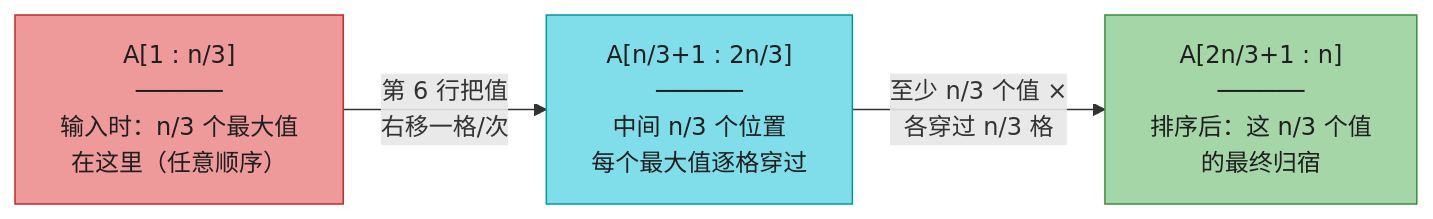
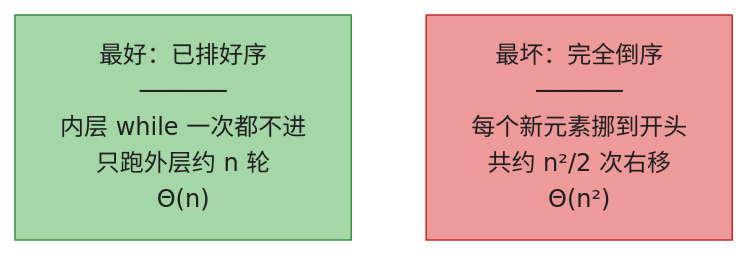
Before and after one commit to socoo123/book_reading: the third of 5 diagrams in IntroductionToAlgorithms/Chapter03_函数的增长_深度版.md, drawn with Mermaid. The commit also changed other lines of this file and 19 other files, not shown here.

````diff
--- a/IntroductionToAlgorithms/Chapter03_函数的增长_深度版.md
+++ b/IntroductionToAlgorithms/Chapter03_函数的增长_深度版.md
@@ -55,12 +136,11 @@
 ```mermaid
 flowchart LR
-    a1["A[1 : n/3]<br/>──────<br/>输入时：n/3 个最大值<br/>在这里（任意顺序）"]
-    a2["A[n/3+1 : 2n/3]<br/>──────<br/>中间 n/3 个位置<br/>每个最大值逐格穿过"]
-    a3["A[2n/3+1 : n]<br/>──────<br/>排序后：这 n/3 个值<br/>的最终归宿"]
-    a1 -->|"第 6 行把值<br/>右移一格/次"| a2
-    a2 -->|"至少 n/3 个值 ×<br/>各穿过 n/3 格"| a3
+    best["最好：已排好序<br/>──────<br/>内层 while 一次都不进<br/>只跑外层约 n 轮<br/>Θ(n)"]
+    worst["最坏：完全倒序<br/>──────<br/>每个新元素挪到开头<br/>共约 n²/2 次右移<br/>Θ(n²)"]
+    best ~~~ worst
 
-    style a1 fill:#EF9A9A,stroke:#C62828,color:#1f1f1f
-    style a2 fill:#80DEEA,stroke:#0097A7,color:#1f1f1f
-    style a3 fill:#A5D6A7,stroke:#388E3C,color:#1f1f1f
+    classDef good fill:#A5D6A7,stroke:#388E3C,color:#1f1f1f
+    classDef bad fill:#EF9A9A,stroke:#C62828,color:#1f1f1f
+    class best good
+    class worst bad
 ```
````
